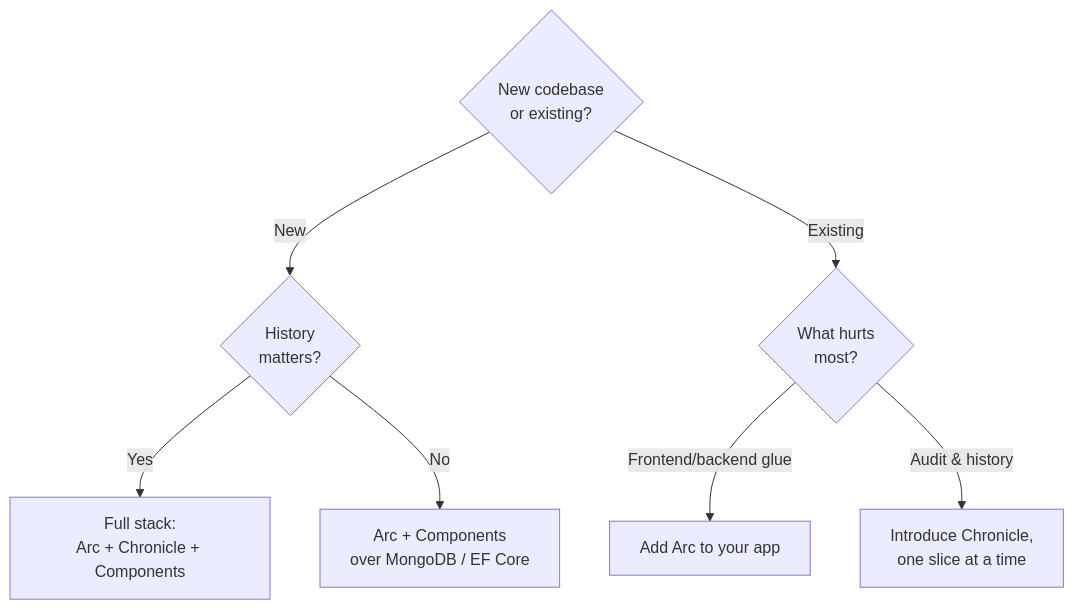
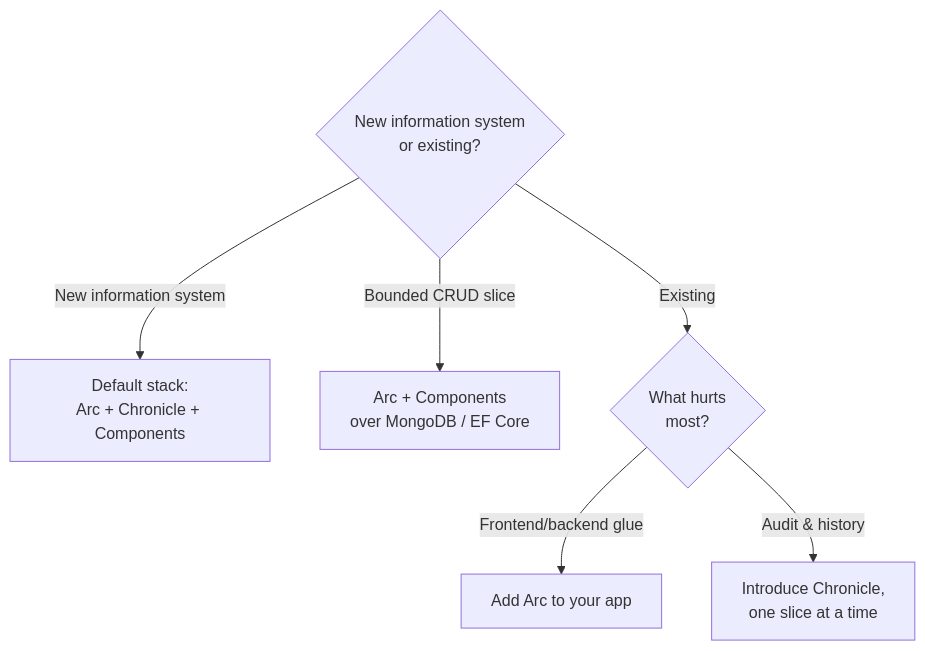
One commit to Cratis/Documentation changed the diagram in web/src/content/docs/adopting-cratis.mdx. Above: the diagram before and after it, drawn with Mermaid. The commit also changed other lines of this file and 28 other files, not shown here.

````diff
--- a/web/src/content/docs/adopting-cratis.mdx
+++ b/web/src/content/docs/adopting-cratis.mdx
@@ -18,10 +18,9 @@
 ```mermaid
 flowchart TD
-    Q1{New codebase<br/>or existing?}
-    Q1 -->|New| Q2{History<br/>matters?}
+    Q1{New information system<br/>or existing?}
+    Q1 -->|New information system| FULL["Default stack:<br/>Arc + Chronicle + Components"]
+    Q1 -->|Bounded CRUD slice| ARC["Arc + Components<br/>over MongoDB / EF Core"]
     Q1 -->|Existing| Q3{What hurts<br/>most?}
-    Q2 -->|Yes| FULL["Full stack:<br/>Arc + Chronicle + Components"]
-    Q2 -->|No| ARC["Arc + Components<br/>over MongoDB / EF Core"]
     Q3 -->|Frontend/backend glue| ADDARC["Add Arc to your app"]
     Q3 -->|Audit & history| ADDCHR["Introduce Chronicle,<br/>one slice at a time"]
 ```
````
